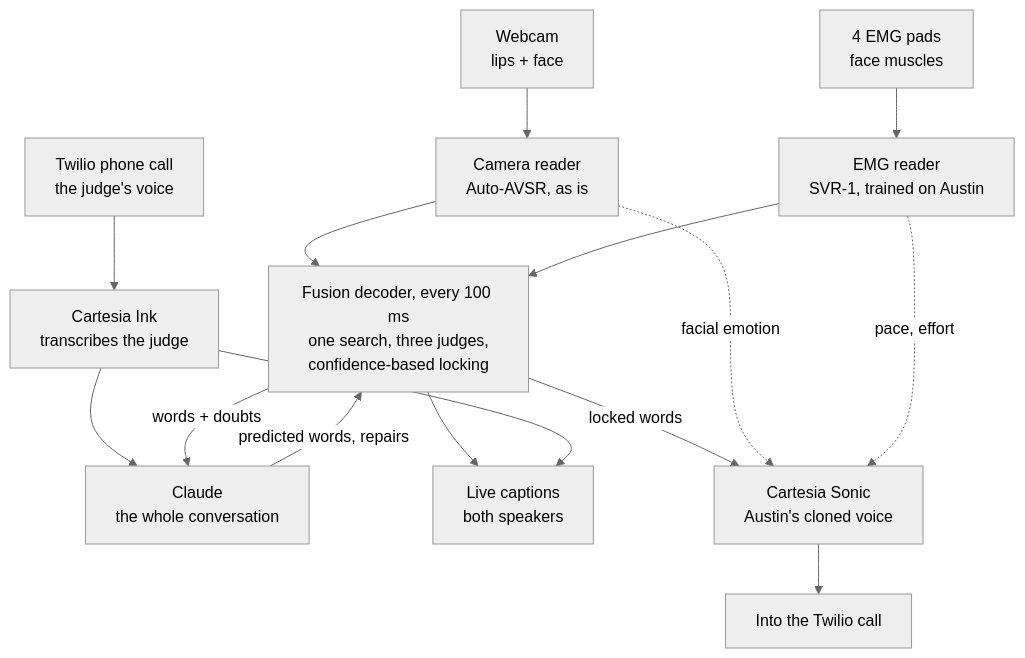
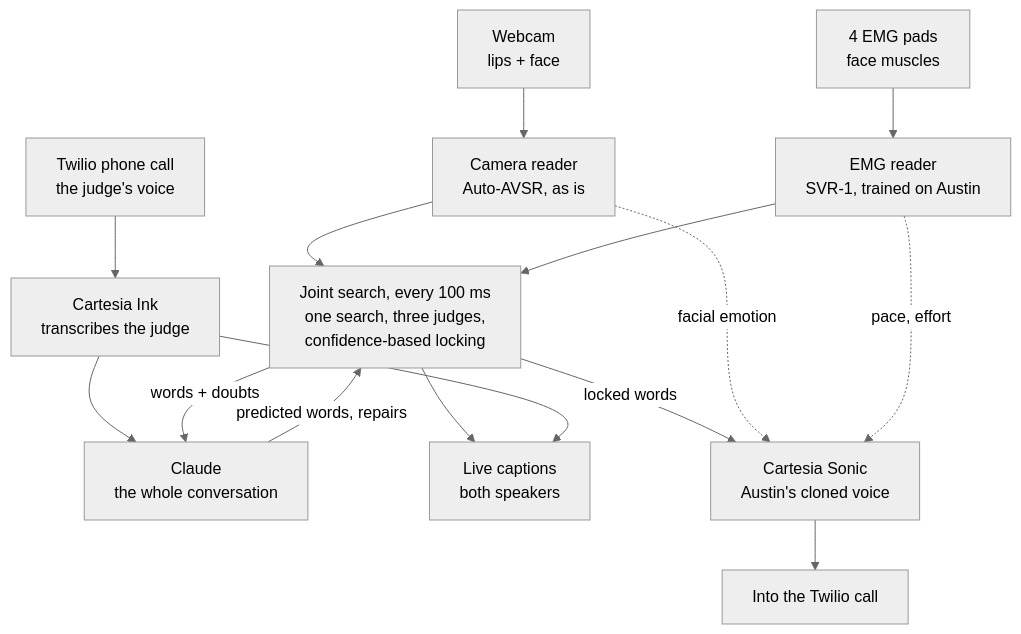
One commit to thaimtl/Reclaim changed the first of 3 diagrams in docs/REALTIME_PIPELINE.md. Above: the diagram before and after it, drawn with Mermaid (neutral theme). The commit also changed other lines of this file and 18 other files, not shown here.

````diff
--- a/docs/REALTIME_PIPELINE.md
+++ b/docs/REALTIME_PIPELINE.md
@@ -7,17 +7,17 @@
 ```mermaid
 flowchart TD
     cam["Webcam<br/>lips + face"] --> avsr["Camera reader<br/>Auto-AVSR, as is"]
     emg["4 EMG pads<br/>face muscles"] --> svr["EMG reader<br/>SVR-1, trained on Austin"]
     call["Twilio phone call<br/>the judge's voice"] --> ink["Cartesia Ink<br/>transcribes the judge"]
-    avsr --> dec["Fusion decoder, every 100 ms<br/>one search, three judges,<br/>confidence-based locking"]
+    avsr --> dec["Joint search, every 100 ms<br/>one search, three judges,<br/>confidence-based locking"]
     svr --> dec
     ink --> claude["Claude<br/>the whole conversation"]
     claude -- "predicted words, repairs" --> dec
     dec -- "words + doubts" --> claude
     dec --> cap["Live captions<br/>both speakers"]
     ink --> cap
     dec -- "locked words" --> voice["Cartesia Sonic<br/>Austin's cloned voice"]
     voice --> out["Into the Twilio call"]
     avsr -. "facial emotion" .-> voice
     svr -. "pace, effort" .-> voice
 ```
````
